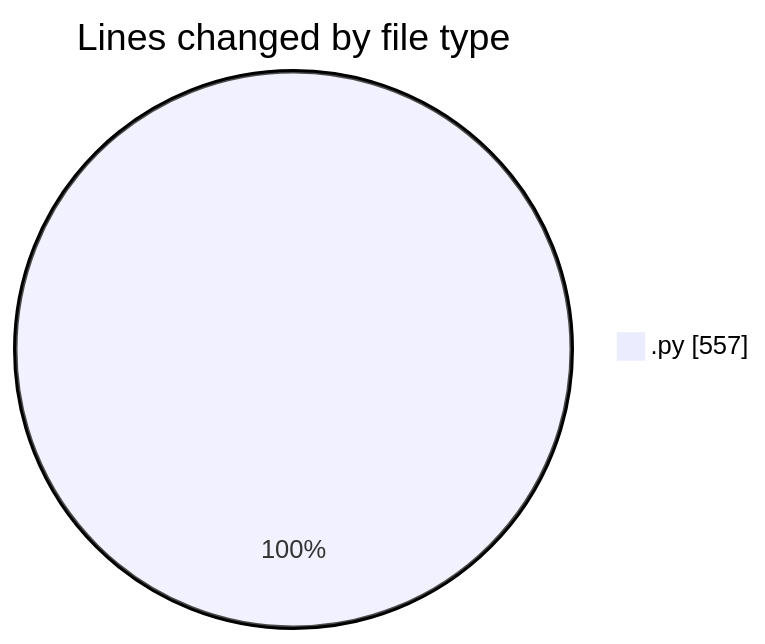
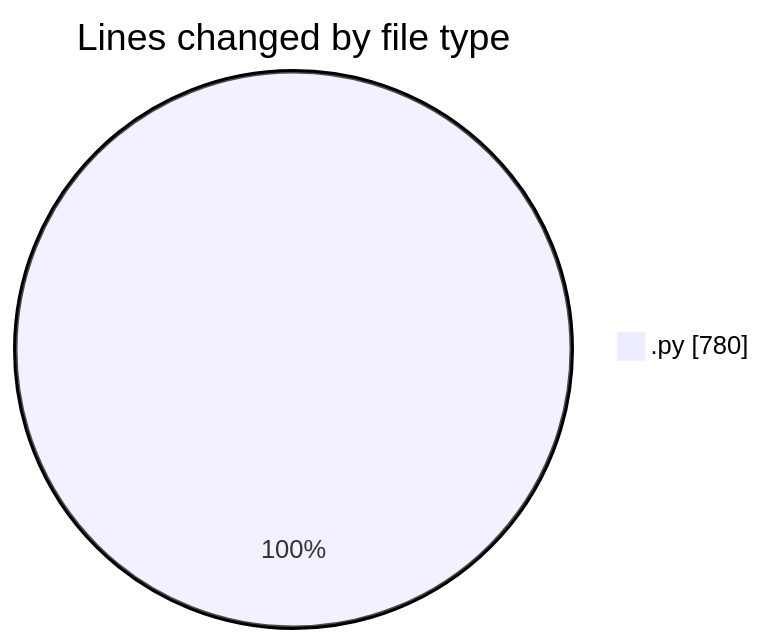
One commit to FelipKnott/code-tracking changed the first of 2 diagrams in 2025-07-02/cursor/README.md. Above: the diagram before and after it, drawn with Mermaid. The commit also changed other lines of this file and 1 other file, not shown here.

````diff
--- a/2025-07-02/cursor/README.md
+++ b/2025-07-02/cursor/README.md
@@ -22,5 +22,5 @@
 ```mermaid
 pie showData
 title Lines changed by file type
-".py" : 557
+".py" : 780
 ```
````
